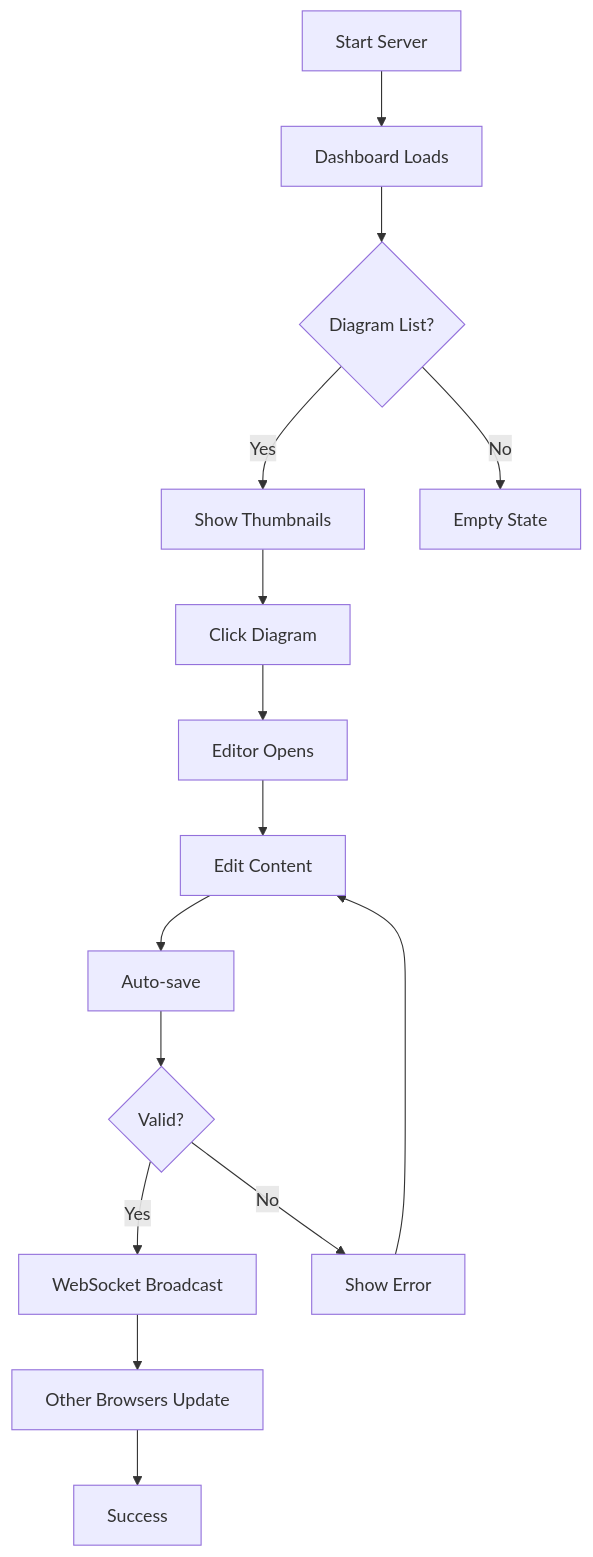
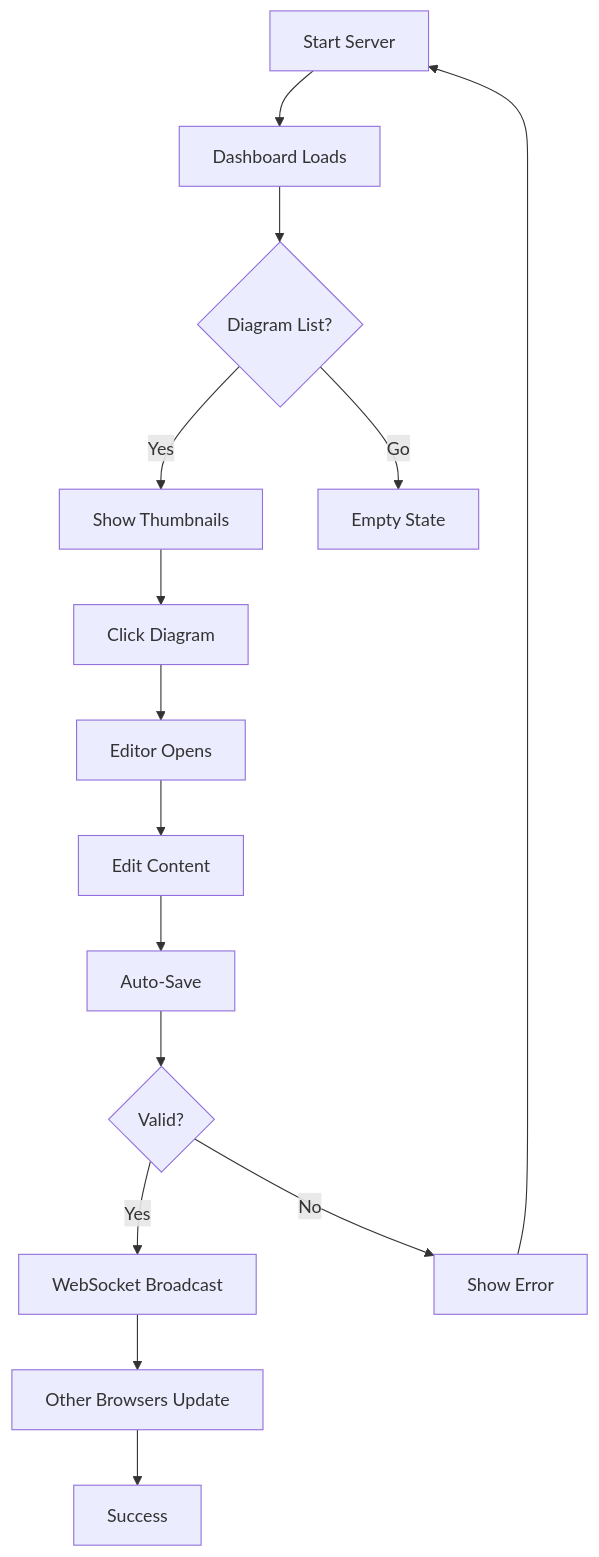
The diagram in diagrams/test-integration.mmd (ben-mad-jlp/claude-mermaid-collab), drawn with Mermaid before and after one commit. The commit also changed 33 other files, not shown here.

```diff
--- a/diagrams/test-integration.mmd
+++ b/diagrams/test-integration.mmd
@@ -1,15 +1,15 @@
 graph TD
     A[Start Server] --> B[Dashboard Loads]
     B --> C{Diagram List?}
     C -->|Yes| D[Show Thumbnails]
-    C -->|No| E[Empty State]
+    C -->|Go| E[Empty State]
     D --> F[Click Diagram]
     F --> G[Editor Opens]
     G --> H[Edit Content]
-    H --> I[Auto-save]
+    H --> I[Auto-Save]
     I --> J{Valid?}
     J -->|Yes| K[WebSocket Broadcast]
     J -->|No| L[Show Error]
     K --> M[Other Browsers Update]
     M --> N[Success]
-    L --> H
+    L --> A
```
